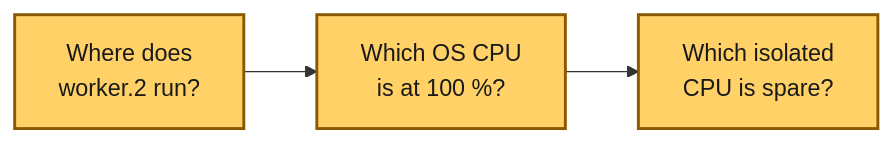
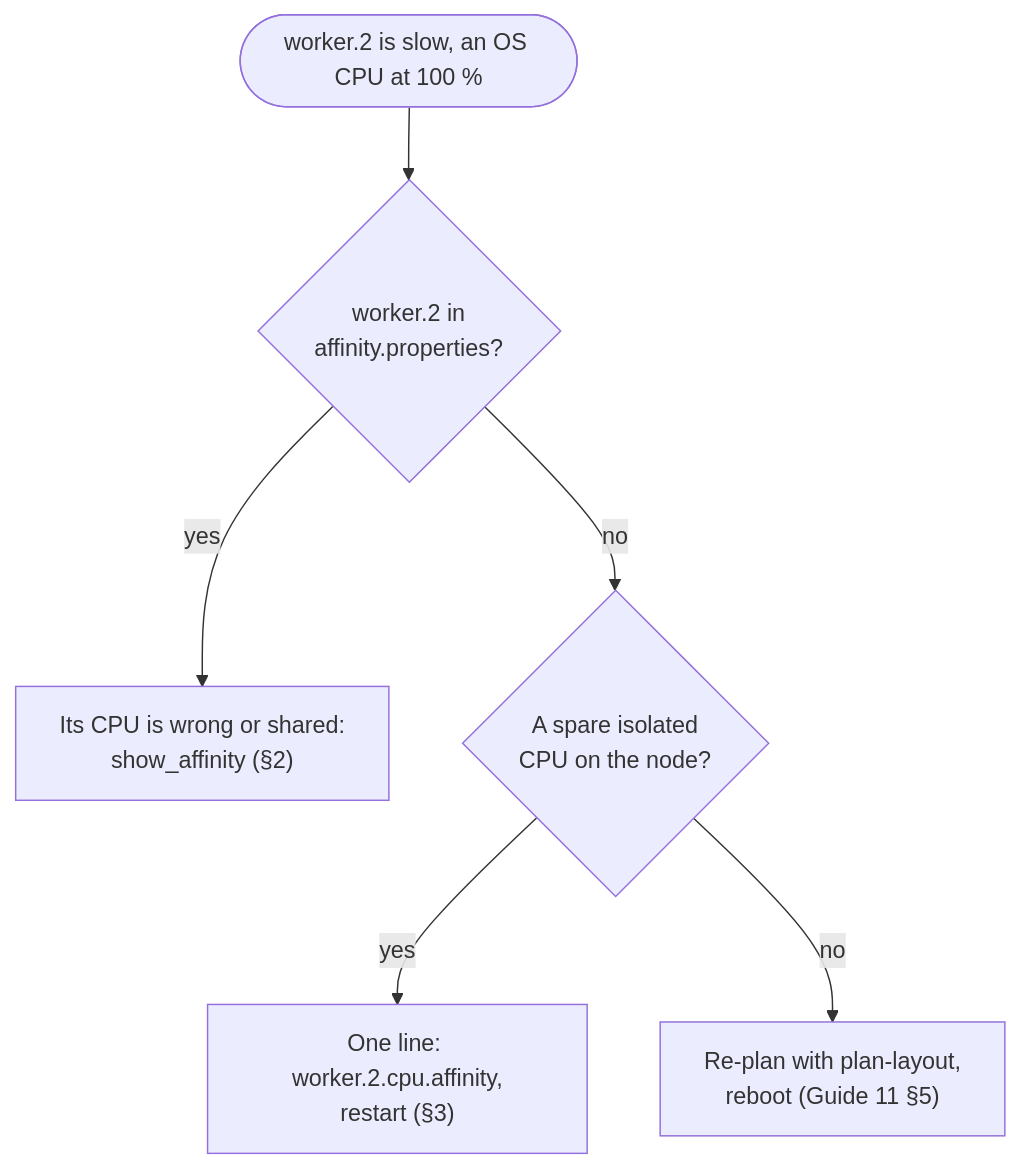
The diagram in examples/use-cases/18-adding-a-worker-without-re-planning.md (vitor-tadashi/mechanical-sympathy), drawn with Mermaid before and after one commit. The commit also changed other lines of this file and 21 other files, not shown here.

````diff
--- a/examples/use-cases/18-adding-a-worker-without-re-planning.md
+++ b/examples/use-cases/18-adding-a-worker-without-re-planning.md
@@ -30,6 +30,8 @@
 ```mermaid
-flowchart LR
-  a["Where does<br/>worker.2 run?"] --> b["Which OS CPU<br/>is at 100 %?"] --> c["Which isolated<br/>CPU is spare?"]
-  class a,b,c focus
-  classDef focus fill:#ffd166,stroke:#8a5a00,color:#1a1a1a,stroke-width:2px
+flowchart TD
+  s(["worker.2 is slow, an OS CPU at 100 %"]) --> q1{"worker.2 in<br/>affinity.properties?"}
+  q1 -- yes --> f1["Its CPU is wrong or shared:<br/>show_affinity (§2)"]
+  q1 -- no --> q2{"A spare isolated<br/>CPU on the node?"}
+  q2 -- yes --> f2["One line: worker.2.cpu.affinity,<br/>restart (§3)"]
+  q2 -- no --> f3["Re-plan with plan-layout,<br/>reboot (Guide 11 §5)"]
 ```
````
